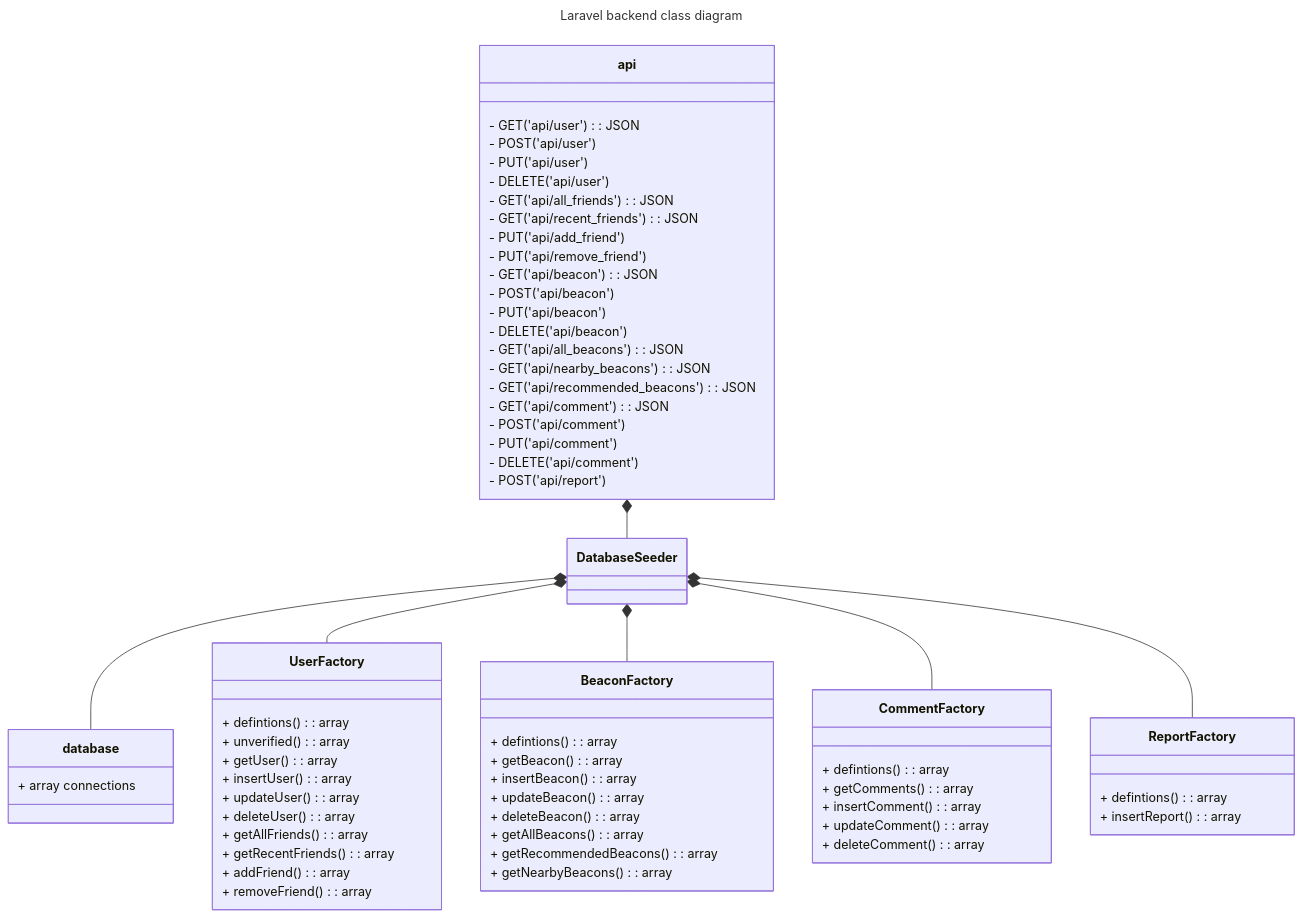
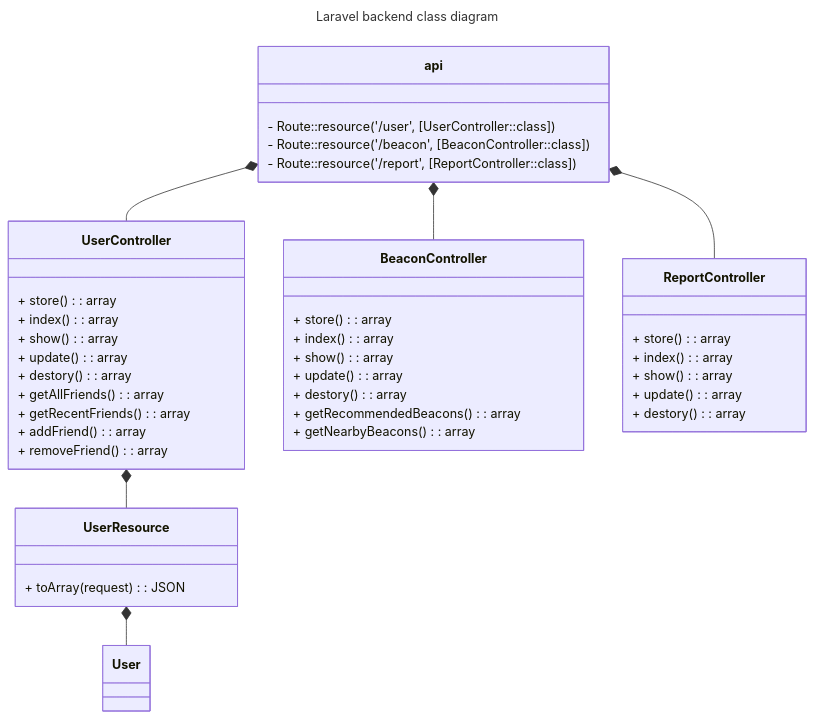
Before and after one commit to jenniferlieu/project-lomo-in-person-gaming-app: the fifth of 5 diagrams in documentation/docs/system-architecture/classdiagrams.md, drawn with Mermaid. The commit also changed 1 other file, not shown here.

Commit message:
Complete database diagram

````diff
--- a/documentation/docs/system-architecture/classdiagrams.md
+++ b/documentation/docs/system-architecture/classdiagrams.md
@@ -218,80 +218,57 @@
 ```mermaid
 ---
 title: Laravel backend class diagram
 ---
 classDiagram
-    api *-- DatabaseSeeder
+    api *-- UserController
+    api *-- BeaconController
+    api *-- ReportController
 
-    DatabaseSeeder *-- database
-    DatabaseSeeder *-- UserFactory
-    DatabaseSeeder *-- BeaconFactory
-    DatabaseSeeder *-- CommentFactory
-    DatabaseSeeder *-- ReportFactory
-    
     class api {
-        - GET('api/user'): JSON
-        - POST('api/user')
-        - PUT('api/user')
-        - DELETE('api/user')
-        - GET('api/all_friends'): JSON
-        - GET('api/recent_friends'): JSON
-        - PUT('api/add_friend')
-        - PUT('api/remove_friend')
-
-        - GET('api/beacon'): JSON
-        - POST('api/beacon')
-        - PUT('api/beacon')
-        - DELETE('api/beacon')
-        - GET('api/all_beacons'): JSON
-        - GET('api/nearby_beacons'): JSON
-        - GET('api/recommended_beacons'): JSON
-
-        - GET('api/comment'): JSON
-        - POST('api/comment')
-        - PUT('api/comment')
-        - DELETE('api/comment')
-
-        - POST('api/report')
+        - Route::resource('/user', [UserController::class])
+        - Route::resource('/beacon', [BeaconController::class])
+        - Route::resource('/report', [ReportController::class])
     }
 
-    class database{
-        + array connections
-    }
+    UserController *-- UserResource
+    UserResource *-- User
+    class UserController{
+        + store(): array
+        + index(): array
+        + show(): array
+        + update(): array
+        + destory(): array
 
-    class UserFactory{
-        + defintions(): array 
-        + unverified(): array
-        + getUser(): array
-        + insertUser(): array
-        + updateUser(): array
-        + deleteUser(): array
         + getAllFriends(): array
         + getRecentFriends(): array
         + addFriend(): array
         + removeFriend(): array
     }
 
-    class BeaconFactory{
-        + defintions(): array 
-        + getBeacon(): array
-        + insertBeacon(): array
-        + updateBeacon(): array
-        + deleteBeacon(): array
-        + getAllBeacons(): array
+    class UserResource {
+        + toArray(request): JSON
+    }
+
+    class User {
+        
+    }
+
+    class BeaconController{
+        + store(): array
+        + index(): array
+        + show(): array
+        + update(): array
+        + destory(): array
+
         + getRecommendedBeacons(): array
         + getNearbyBeacons(): array
     }
 
-    class CommentFactory{
-        + defintions(): array
-        + getComments(): array
-        + insertComment(): array
-        + updateComment(): array
-        + deleteComment(): array
-    }
-
-    class ReportFactory{
-        + defintions(): array
-        + insertReport(): array
+    class ReportController{
+        + store(): array
+        + index(): array
+        + show(): array
+        + update(): array
+        + destory(): array
     }
 ```
````
